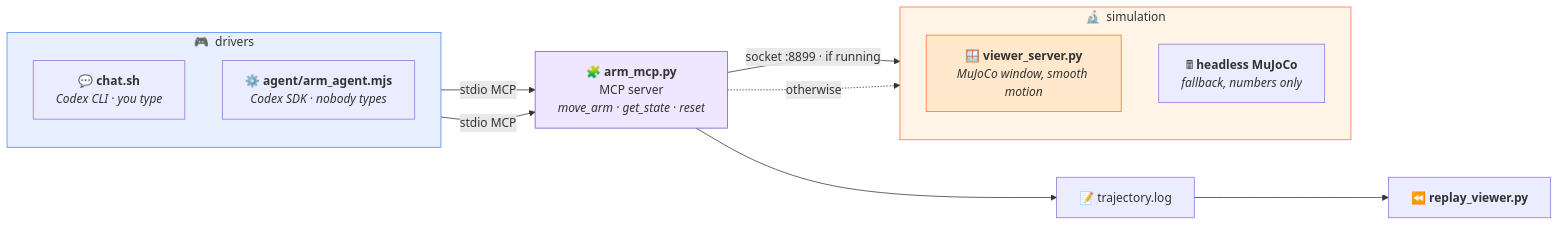
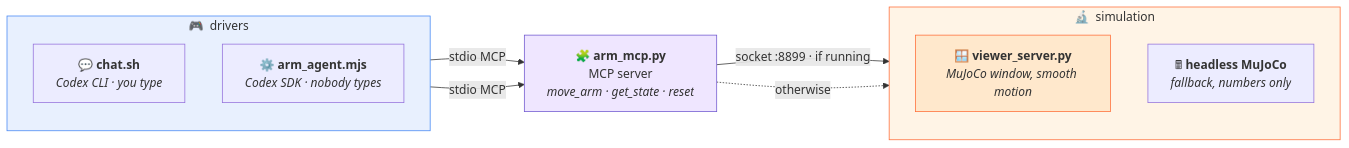
The diagram in README.md (kevinave/mujoco-arm-mcp), drawn with Mermaid before and after one commit. The commit also changed other lines of this file, not shown here.

````diff
--- a/README.md
+++ b/README.md
@@ -59,30 +45,26 @@
 ```mermaid
 flowchart LR
     subgraph D["🎮 &nbsp;drivers"]
         direction TB
         CLI["💬 <b>chat.sh</b><br/><i>Codex CLI · you type</i>"]
-        SDK["⚙️ <b>agent/arm_agent.mjs</b><br/><i>Codex SDK · nobody types</i>"]
+        SDK["⚙️ <b>arm_agent.mjs</b><br/><i>Codex SDK · nobody types</i>"]
     end
 
     MCP["🧩 <b>arm_mcp.py</b><br/>MCP server<br/><i>move_arm · get_state · reset</i>"]
 
     subgraph SIM["🔬 &nbsp;simulation"]
         direction TB
         VIEW["🪟 <b>viewer_server.py</b><br/><i>MuJoCo window, smooth motion</i>"]
         HEAD["🖩 <b>headless MuJoCo</b><br/><i>fallback, numbers only</i>"]
     end
 
-    LOG["📝 trajectory.log"]
-    REP["⏪ <b>replay_viewer.py</b>"]
-
     CLI -- "stdio MCP" --> MCP
     SDK -- "stdio MCP" --> MCP
     MCP -- "socket :8899 · if running" --> VIEW
     MCP -. "otherwise" .-> HEAD
-    MCP --> LOG --> REP
 
     style MCP fill:#efe6ff,stroke:#6E56CF
     style SIM fill:#fff4e6,stroke:#FF6B35
     style D fill:#e8f0fe,stroke:#4285f4
     style VIEW fill:#ffe8cc,stroke:#FF6B35
 ```
````
